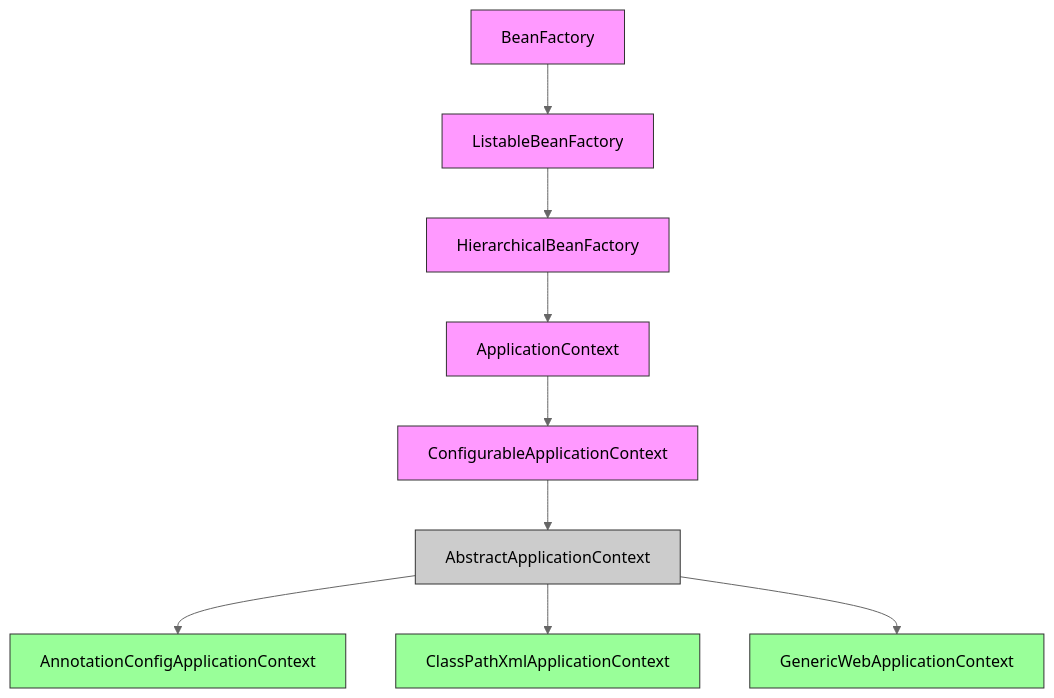
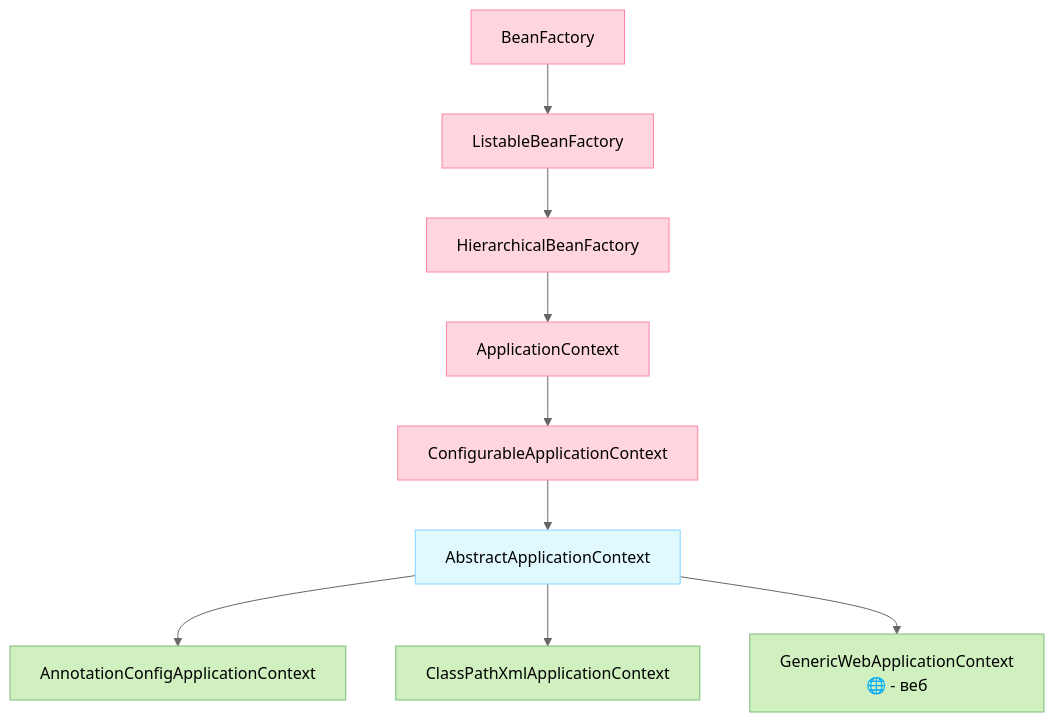
The third of 3 diagrams in ITM/ITM06_Spring/otc/BeanFactory_VS_ApplicationContext.md (yury-connect/ITM_task026_Java_Podgotovka_k_INTERVJU), drawn with Mermaid (neutral theme) before and after one commit.

Commit message:
Spring: save _all

````diff
--- a/ITM/ITM06_Spring/otc/BeanFactory_VS_ApplicationContext.md
+++ b/ITM/ITM06_Spring/otc/BeanFactory_VS_ApplicationContext.md
@@ -38,19 +38,19 @@
 ```mermaid
 graph TD
     A[BeanFactory] --> B[ListableBeanFactory]
     B --> C[HierarchicalBeanFactory]
     C --> D[ApplicationContext]
     D --> E[ConfigurableApplicationContext]
     E --> F[AbstractApplicationContext]
     F --> G[AnnotationConfigApplicationContext]
     F --> H[ClassPathXmlApplicationContext]
-    F --> I[GenericWebApplicationContext]
+    F --> I[GenericWebApplicationContext<br>🌐 - веб]
     
-    classDef interface fill:#f9f,stroke:#333;
-    classDef abstract fill:#ccc,stroke:#333;
-    classDef impl fill:#9f9,stroke:#333;
+    classDef interface fill:#FFD6E0,stroke:#FF85A2;
+    classDef abstract fill:#E0F9FF,stroke:#85D4FF;
+    classDef impl fill:#D0F0C0,stroke:#7ABA7A;
     
     class A,B,C,D,E interface;
     class F abstract;
     class G,H,I impl;
 ```
````
